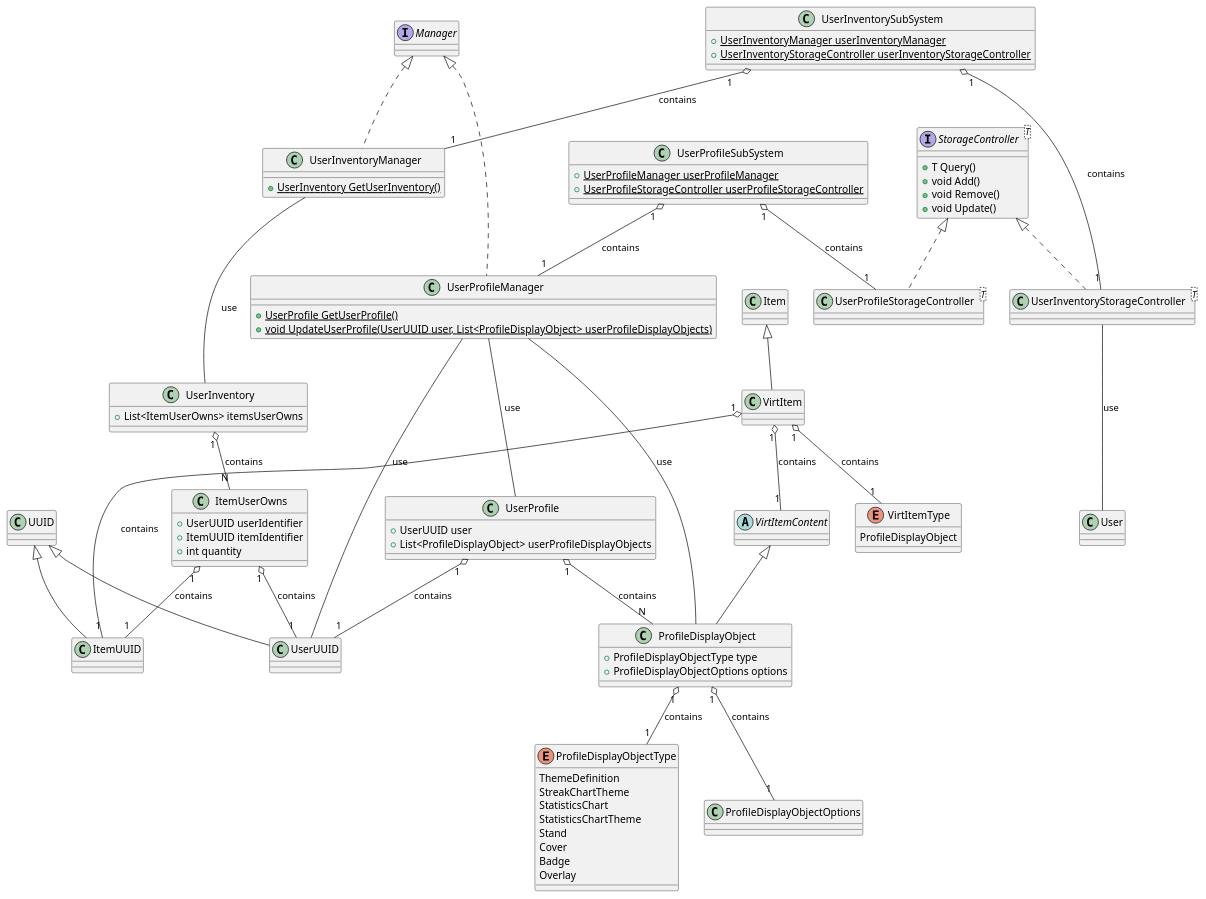
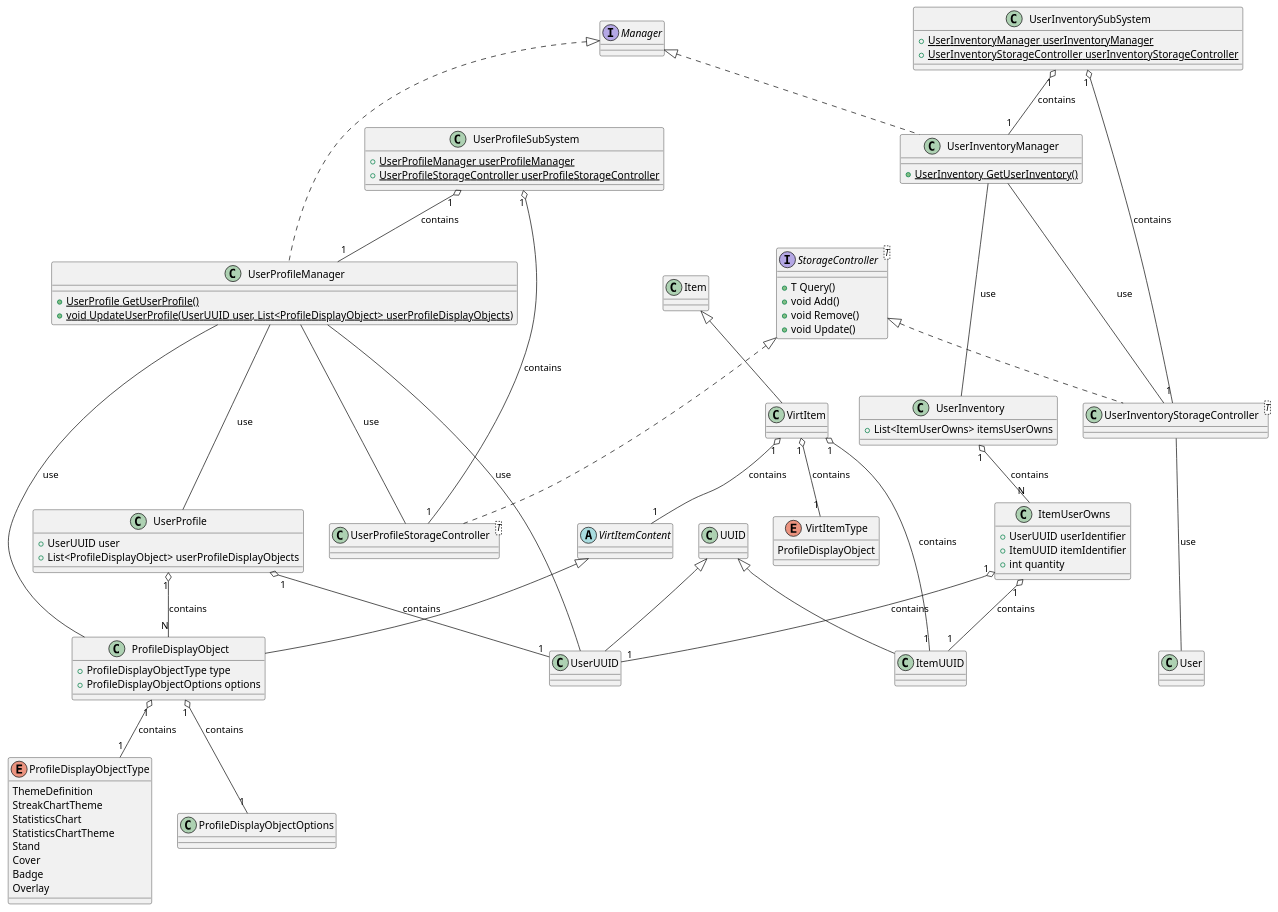
Before and after one commit to ShapeLayer/se-lecture-task__project-structure-definitions: the diagram in src/UserProfileInventory.puml, drawn with PlantUML. The commit also changed 5 other files, not shown here.

```diff
--- a/src/UserProfileInventory.puml
+++ b/src/UserProfileInventory.puml
@@ -1,106 +1,108 @@
 @startuml
 Interface Manager
 Interface StorageController<T> {
     + T Query()
     + void Add()
     + void Remove()
     + void Update()
 }
 class UUID {}
 class UserUUID extends UUID {}
 class ItemUUID extends UUID {}
 
 enum VirtItemType {
     ProfileDisplayObject
 }
 
 class VirtItem extends Item {}
 
 VirtItem "1" o-- "1" ItemUUID : contains
 VirtItem "1" o-- "1" VirtItemType : contains
 VirtItem "1" o-- "1" VirtItemContent : contains
 
 abstract class VirtItemContent {}
 
 ' UserInventory
 class ItemUserOwns {
     + UserUUID userIdentifier
     + ItemUUID itemIdentifier
     + int quantity
 }
 
 ItemUserOwns "1" o-- "1" UserUUID : contains
 ItemUserOwns "1" o-- "1" ItemUUID : contains
 
 class UserInventory {
     + List<ItemUserOwns> itemsUserOwns
 }
 
 UserInventory "1" o-- "N" ItemUserOwns : contains
 
 class UserInventoryManager implements Manager {
     + {static} UserInventory GetUserInventory()
 }
 
 UserInventoryManager --- UserInventory : use
+UserInventoryManager --- UserInventoryStorageController : use
 
 class UserInventoryStorageController<T> implements StorageController {}
 UserInventoryStorageController --- User : use
 
 class UserInventorySubSystem {
     + {static} UserInventoryManager userInventoryManager
     + {static} UserInventoryStorageController userInventoryStorageController
 }
 
 UserInventorySubSystem "1" o-- "1" UserInventoryManager : contains
 UserInventorySubSystem "1" o-- "1" UserInventoryStorageController : contains
 
 ' UserProfile
 enum ProfileDisplayObjectType {
     ThemeDefinition
     StreakChartTheme
     StatisticsChart
     StatisticsChartTheme
     Stand
     Cover
     Badge
     Overlay
 }
 
 class ProfileDisplayObjectOptions {}
 
 class ProfileDisplayObject extends VirtItemContent {
     + ProfileDisplayObjectType type
     + ProfileDisplayObjectOptions options
 }
 
 ProfileDisplayObject "1" o-- "1" ProfileDisplayObjectType : contains
 ProfileDisplayObject "1" o-- "1" ProfileDisplayObjectOptions : contains
 
 class UserProfile {
     + UserUUID user
     + List<ProfileDisplayObject> userProfileDisplayObjects
 }
 
 UserProfile "1" o-- "1" UserUUID : contains
 UserProfile "1" o-- "N" ProfileDisplayObject : contains
 
 class UserProfileManager implements Manager {
     + {static} UserProfile GetUserProfile()
     + {static} void UpdateUserProfile(UserUUID user, List<ProfileDisplayObject> userProfileDisplayObjects)
 }
 UserProfileManager --- UserUUID : use
 UserProfileManager --- UserProfile : use
 UserProfileManager --- ProfileDisplayObject : use
+UserProfileManager --- UserProfileStorageController : use
 
 class UserProfileStorageController<T> implements StorageController {}
 
 class UserProfileSubSystem {
     + {static} UserProfileManager userProfileManager
     + {static} UserProfileStorageController userProfileStorageController
 }
 
 UserProfileSubSystem "1" o-- "1" UserProfileManager : contains
 UserProfileSubSystem "1" o-- "1" UserProfileStorageController : contains
 
 @enduml
```
